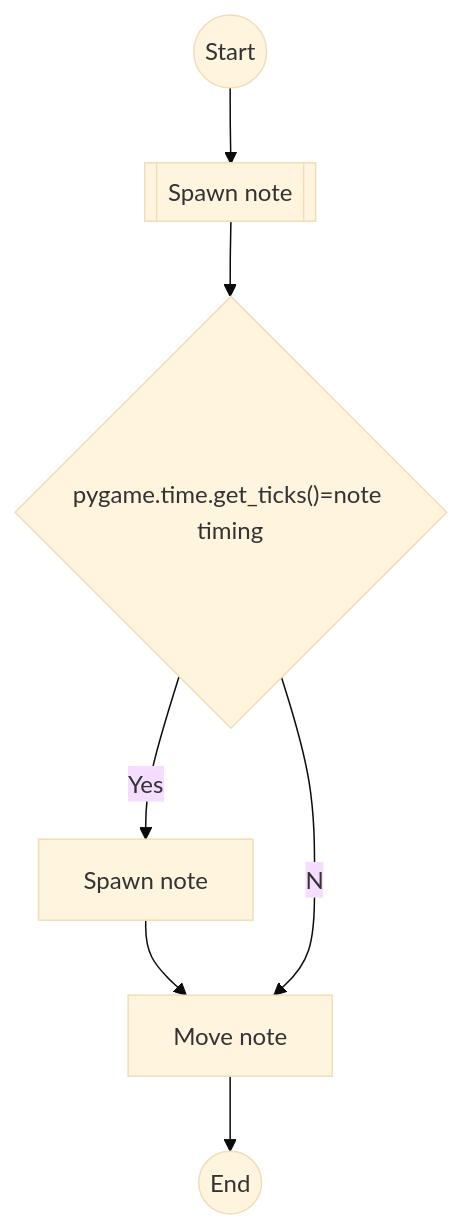
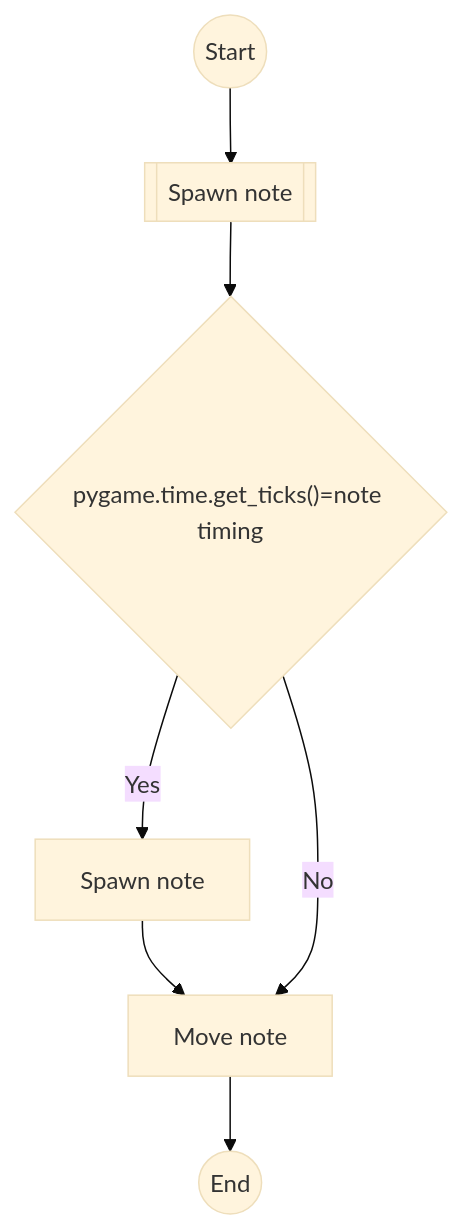
One commit to Koko36789/Test changed the second of 3 diagrams in 2024-11-06.md. Above: the diagram before and after it, drawn with Mermaid (base theme).

````diff
--- a/2024-11-06.md
+++ b/2024-11-06.md
@@ -1413,6 +1413,6 @@
 ```mermaid
 flowchart TD
 A((Start)) --> B[[Spawn note]] --> C{"pygame.time.get_ticks()=note timing"} --Yes--> D[Spawn note] --> E[Move note]
-C --No--> E
+C --"No"--> E
 E --> F((End))
 ```
````
